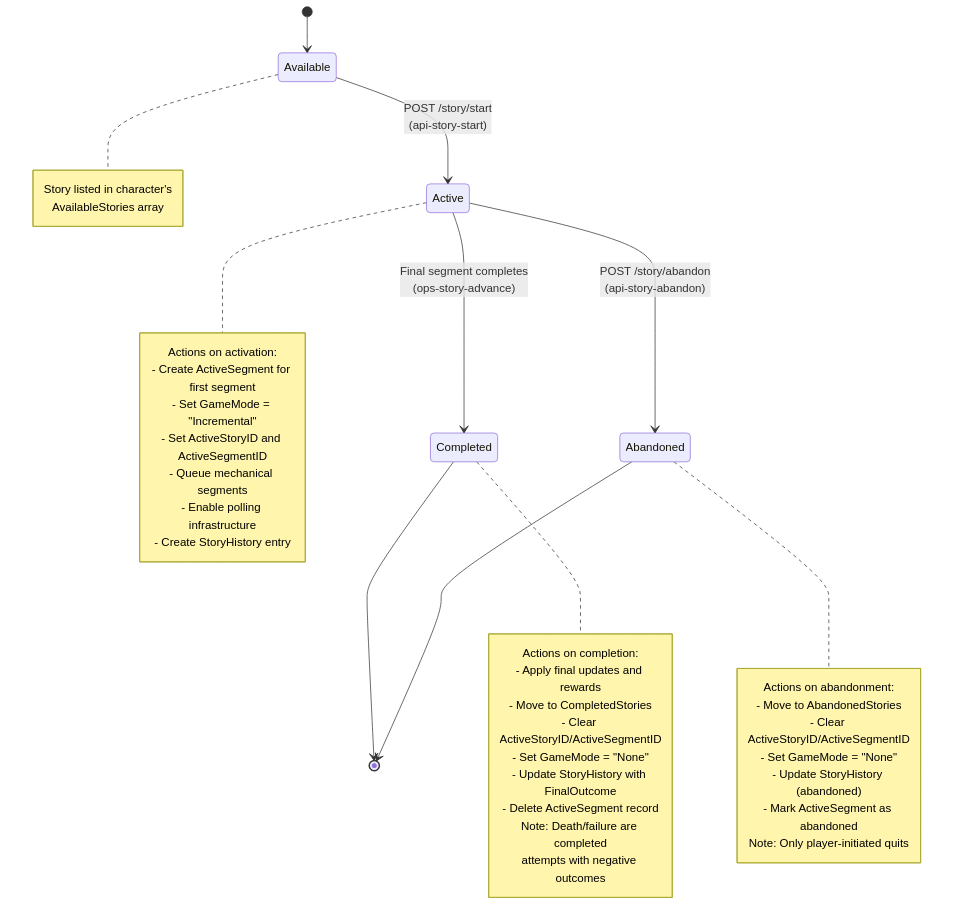
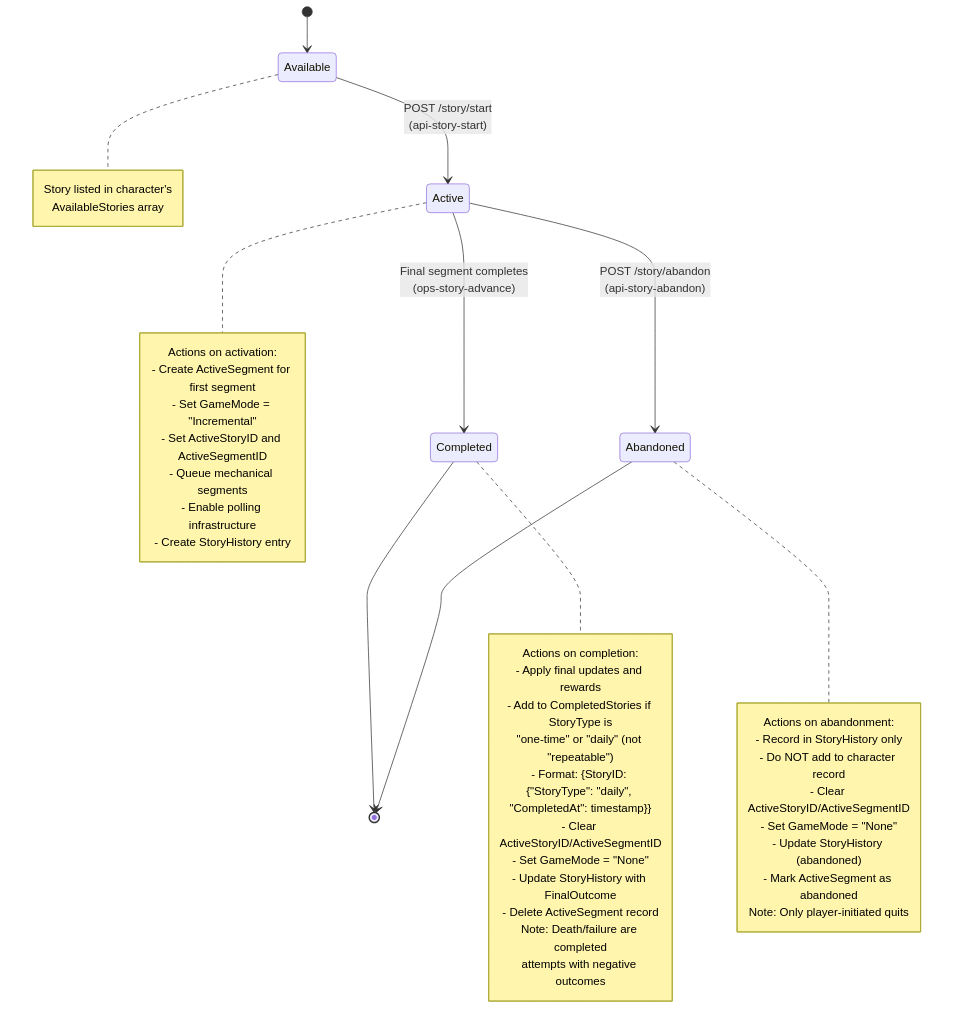
The first of 4 diagrams in documentation/incremental-story.md (darkrelics/eidolon-engine), drawn with Mermaid before and after one commit. The commit also changed other lines of this file and 7 other files, not shown here.

````diff
--- a/documentation/incremental-story.md
+++ b/documentation/incremental-story.md
@@ -97,46 +97,49 @@
 ```mermaid
 stateDiagram-v2
     [*] --> Available
     Available --> Active: POST /story/start<br/>(api-story-start)
     Active --> Completed: Final segment completes<br/>(ops-story-advance)
     Active --> Abandoned: POST /story/abandon<br/>(api-story-abandon)
     Completed --> [*]
     Abandoned --> [*]
 
     note right of Available
         Story listed in character's
         AvailableStories array
     end note
 
     note right of Active
         Actions on activation:
         - Create ActiveSegment for first segment
         - Set GameMode = "Incremental"
         - Set ActiveStoryID and ActiveSegmentID
         - Queue mechanical segments
         - Enable polling infrastructure
         - Create StoryHistory entry
     end note
 
     note right of Completed
         Actions on completion:
         - Apply final updates and rewards
-        - Move to CompletedStories
+        - Add to CompletedStories if StoryType is
+          "one-time" or "daily" (not "repeatable")
+        - Format: {StoryID: {"StoryType": "daily", "CompletedAt": timestamp}}
         - Clear ActiveStoryID/ActiveSegmentID
         - Set GameMode = "None"
         - Update StoryHistory with FinalOutcome
         - Delete ActiveSegment record
         Note: Death/failure are completed
         attempts with negative outcomes
     end note
 
     note right of Abandoned
         Actions on abandonment:
-        - Move to AbandonedStories
+        - Record in StoryHistory only
+        - Do NOT add to character record
         - Clear ActiveStoryID/ActiveSegmentID
         - Set GameMode = "None"
         - Update StoryHistory (abandoned)
         - Mark ActiveSegment as abandoned
         Note: Only player-initiated quits
     end note
 ```
````
